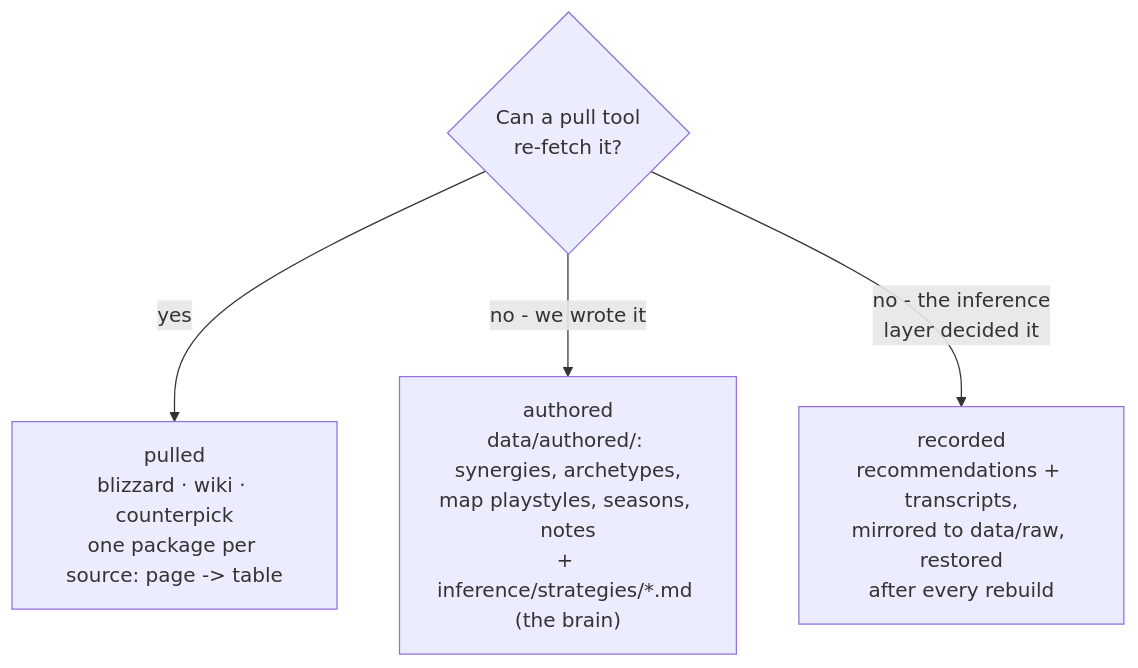
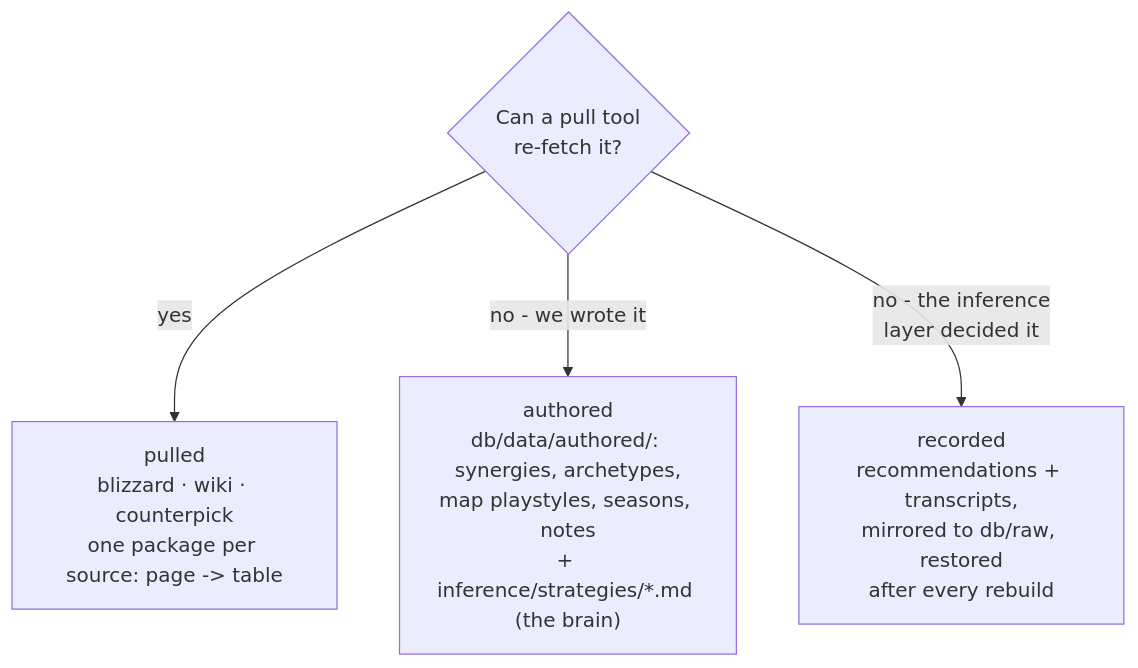
One commit to mmikol/counter-utility-matrix changed the fifth of 6 diagrams in docs/architecture.md. Above: the diagram before and after it, drawn with Mermaid. The commit also changed other lines of this file and 110 other files, not shown here.

````diff
--- a/docs/architecture.md
+++ b/docs/architecture.md
@@ -167,7 +167,7 @@
 ```mermaid
 flowchart TD
     Q{"Can a pull tool<br/>re-fetch it?"}
     Q -->|"yes"| F["pulled<br/>blizzard · wiki · counterpick<br/>one package per source: page -> table"]
-    Q -->|"no - we wrote it"| A["authored<br/>data/authored/: synergies, archetypes,<br/>map playstyles, seasons, notes<br/>+ inference/strategies/*.md (the brain)"]
-    Q -->|"no - the inference<br/>layer decided it"| R["recorded<br/>recommendations + transcripts,<br/>mirrored to data/raw, restored<br/>after every rebuild"]
+    Q -->|"no - we wrote it"| A["authored<br/>db/data/authored/: synergies, archetypes,<br/>map playstyles, seasons, notes<br/>+ inference/strategies/*.md (the brain)"]
+    Q -->|"no - the inference<br/>layer decided it"| R["recorded<br/>recommendations + transcripts,<br/>mirrored to db/raw, restored<br/>after every rebuild"]
 ```
````
